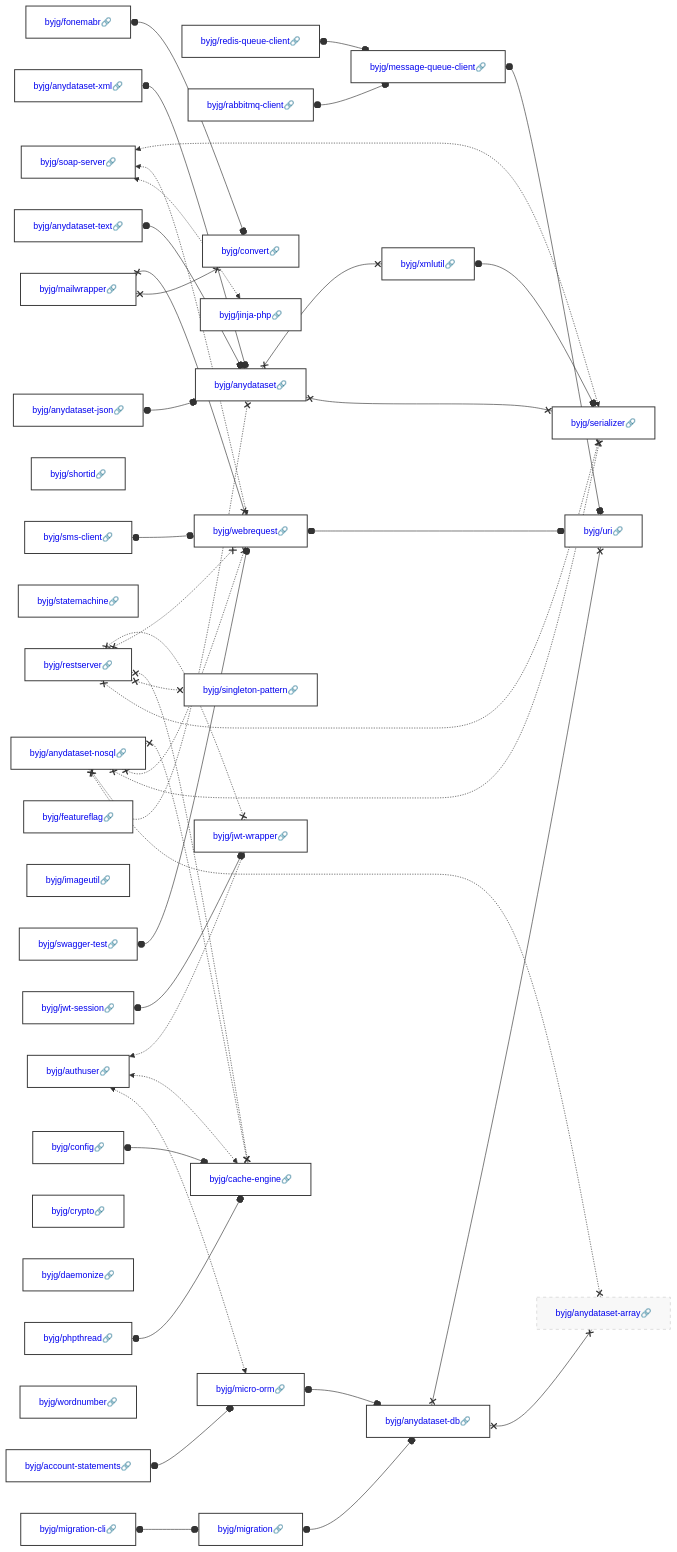
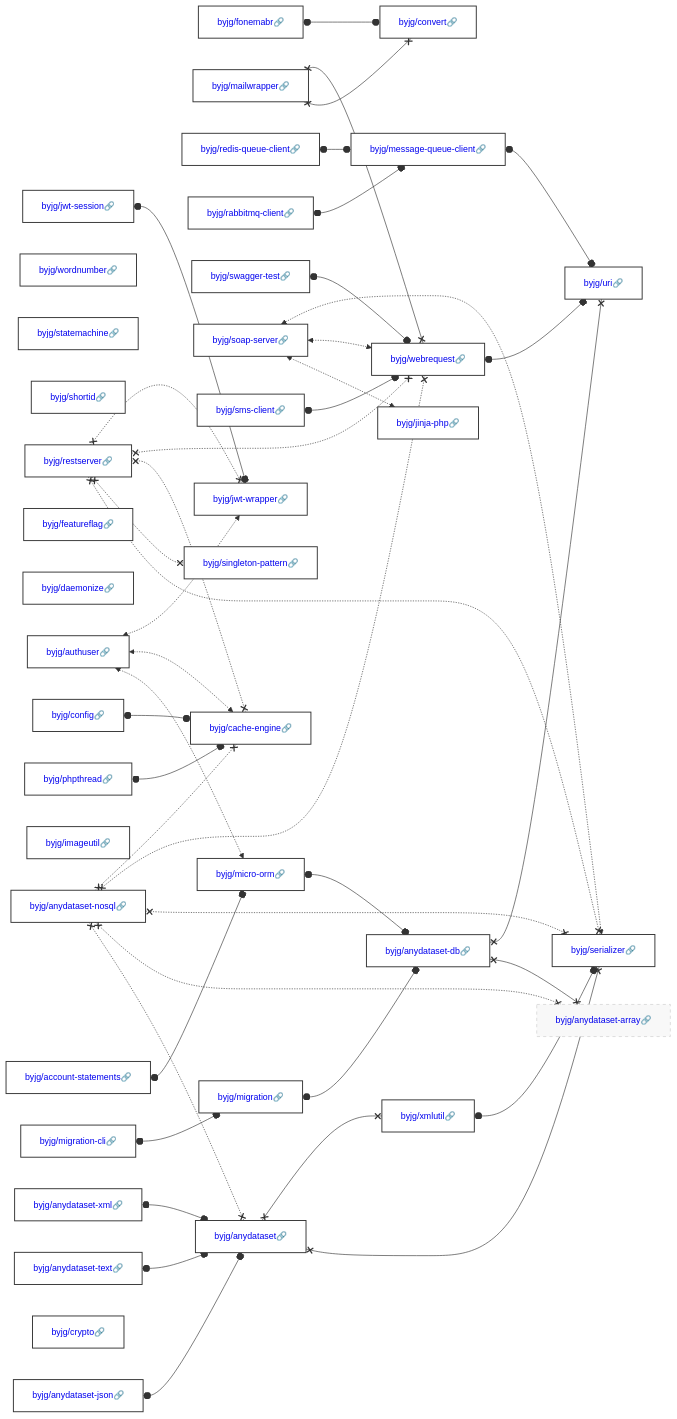
Before and after one commit to byjg/byjg.github.io: the diagram in docs/php/README.md, drawn with Mermaid. The commit also changed other lines of this file and 1 other file, not shown here.

Commit message:
Update documentation 'php' 'php-webrequest'

````diff
--- a/docs/php/README.md
+++ b/docs/php/README.md
@@ -3,45 +3,45 @@
 ```mermaid
 graph LR;
-  byjg/anydataset-json[<a href='https://opensource.byjg.com/docs/php/anydataset-json' style='text-decoration:none'>byjg/anydataset-json🔗</a>];
-  byjg/mailwrapper[<a href='https://opensource.byjg.com/docs/php/mailwrapper' style='text-decoration:none'>byjg/mailwrapper🔗</a>];
-  byjg/restserver[<a href='https://opensource.byjg.com/docs/php/restserver' style='text-decoration:none'>byjg/restserver🔗</a>];
+  byjg/phpthread[<a href='https://opensource.byjg.com/docs/php/phpthread' style='text-decoration:none'>byjg/phpthread🔗</a>];
+  byjg/wordnumber[<a href='https://opensource.byjg.com/docs/php/wordnumber' style='text-decoration:none'>byjg/wordnumber🔗</a>];
+  byjg/statemachine[<a href='https://opensource.byjg.com/docs/php/statemachine' style='text-decoration:none'>byjg/statemachine🔗</a>];
+  byjg/shortid[<a href='https://opensource.byjg.com/docs/php/shortid' style='text-decoration:none'>byjg/shortid🔗</a>];
   byjg/authuser[<a href='https://opensource.byjg.com/docs/php/authuser' style='text-decoration:none'>byjg/authuser🔗</a>];
   byjg/fonemabr[<a href='https://opensource.byjg.com/docs/php/fonemabr' style='text-decoration:none'>byjg/fonemabr🔗</a>];
+  byjg/featureflag[<a href='https://opensource.byjg.com/docs/php/featureflag' style='text-decoration:none'>byjg/featureflag🔗</a>];
+  byjg/mailwrapper[<a href='https://opensource.byjg.com/docs/php/mailwrapper' style='text-decoration:none'>byjg/mailwrapper🔗</a>];
+  byjg/redis-queue-client[<a href='https://opensource.byjg.com/docs/php/redis-queue-client' style='text-decoration:none'>byjg/redis-queue-client🔗</a>];
+  byjg/daemonize[<a href='https://opensource.byjg.com/docs/php/daemonize' style='text-decoration:none'>byjg/daemonize🔗</a>];
+  byjg/rabbitmq-client[<a href='https://opensource.byjg.com/docs/php/rabbitmq-client' style='text-decoration:none'>byjg/rabbitmq-client🔗</a>];
+  byjg/account-statements[<a href='https://opensource.byjg.com/docs/php/account-statements' style='text-decoration:none'>byjg/account-statements🔗</a>];
+  byjg/swagger-test[<a href='https://opensource.byjg.com/docs/php/swagger-test' style='text-decoration:none'>byjg/swagger-test🔗</a>];
+  byjg/anydataset-xml[<a href='https://opensource.byjg.com/docs/php/anydataset-xml' style='text-decoration:none'>byjg/anydataset-xml🔗</a>];
+  byjg/anydataset-text[<a href='https://opensource.byjg.com/docs/php/anydataset-text' style='text-decoration:none'>byjg/anydataset-text🔗</a>];
+  byjg/imageutil[<a href='https://opensource.byjg.com/docs/php/imageutil' style='text-decoration:none'>byjg/imageutil🔗</a>];
+  byjg/jwt-session[<a href='https://opensource.byjg.com/docs/php/jwt-session' style='text-decoration:none'>byjg/jwt-session🔗</a>];
+  byjg/soap-server[<a href='https://opensource.byjg.com/docs/php/soap-server' style='text-decoration:none'>byjg/soap-server🔗</a>];
+  byjg/migration-cli[<a href='https://opensource.byjg.com/docs/php/migration-cli' style='text-decoration:none'>byjg/migration-cli🔗</a>];
+  byjg/restserver[<a href='https://opensource.byjg.com/docs/php/restserver' style='text-decoration:none'>byjg/restserver🔗</a>];
+  byjg/config[<a href='https://opensource.byjg.com/docs/php/config' style='text-decoration:none'>byjg/config🔗</a>];
+  byjg/sms-client[<a href='https://opensource.byjg.com/docs/php/sms-client' style='text-decoration:none'>byjg/sms-client🔗</a>];
   byjg/anydataset-nosql[<a href='https://opensource.byjg.com/docs/php/anydataset-nosql' style='text-decoration:none'>byjg/anydataset-nosql🔗</a>];
-  byjg/shortid[<a href='https://opensource.byjg.com/docs/php/shortid' style='text-decoration:none'>byjg/shortid🔗</a>];
-  byjg/swagger-test[<a href='https://opensource.byjg.com/docs/php/swagger-test' style='text-decoration:none'>byjg/swagger-test🔗</a>];
-  byjg/statemachine[<a href='https://opensource.byjg.com/docs/php/statemachine' style='text-decoration:none'>byjg/statemachine🔗</a>];
-  byjg/sms-client[<a href='https://opensource.byjg.com/docs/php/sms-client' style='text-decoration:none'>byjg/sms-client🔗</a>];
-  byjg/anydataset-text[<a href='https://opensource.byjg.com/docs/php/anydataset-text' style='text-decoration:none'>byjg/anydataset-text🔗</a>];
-  byjg/featureflag[<a href='https://opensource.byjg.com/docs/php/featureflag' style='text-decoration:none'>byjg/featureflag🔗</a>];
-  byjg/redis-queue-client[<a href='https://opensource.byjg.com/docs/php/redis-queue-client' style='text-decoration:none'>byjg/redis-queue-client🔗</a>];
-  byjg/imageutil[<a href='https://opensource.byjg.com/docs/php/imageutil' style='text-decoration:none'>byjg/imageutil🔗</a>];
-  byjg/soap-server[<a href='https://opensource.byjg.com/docs/php/soap-server' style='text-decoration:none'>byjg/soap-server🔗</a>];
-  byjg/phpthread[<a href='https://opensource.byjg.com/docs/php/phpthread' style='text-decoration:none'>byjg/phpthread🔗</a>];
-  byjg/account-statements[<a href='https://opensource.byjg.com/docs/php/account-statements' style='text-decoration:none'>byjg/account-statements🔗</a>];
-  byjg/anydataset-xml[<a href='https://opensource.byjg.com/docs/php/anydataset-xml' style='text-decoration:none'>byjg/anydataset-xml🔗</a>];
   byjg/crypto[<a href='https://opensource.byjg.com/docs/php/crypto' style='text-decoration:none'>byjg/crypto🔗</a>];
-  byjg/daemonize[<a href='https://opensource.byjg.com/docs/php/daemonize' style='text-decoration:none'>byjg/daemonize🔗</a>];
-  byjg/jwt-session[<a href='https://opensource.byjg.com/docs/php/jwt-session' style='text-decoration:none'>byjg/jwt-session🔗</a>];
-  byjg/wordnumber[<a href='https://opensource.byjg.com/docs/php/wordnumber' style='text-decoration:none'>byjg/wordnumber🔗</a>];
-  byjg/rabbitmq-client[<a href='https://opensource.byjg.com/docs/php/rabbitmq-client' style='text-decoration:none'>byjg/rabbitmq-client🔗</a>];
-  byjg/migration-cli[<a href='https://opensource.byjg.com/docs/php/migration-cli' style='text-decoration:none'>byjg/migration-cli🔗</a>];
-  byjg/config[<a href='https://opensource.byjg.com/docs/php/config' style='text-decoration:none'>byjg/config🔗</a>];
+  byjg/anydataset-json[<a href='https://opensource.byjg.com/docs/php/anydataset-json' style='text-decoration:none'>byjg/anydataset-json🔗</a>];
+  byjg/convert[<a href='https://opensource.byjg.com/docs/php/convert' style='text-decoration:none'>byjg/convert🔗</a>];
+  byjg/message-queue-client[<a href='https://opensource.byjg.com/docs/php/message-queue-client' style='text-decoration:none'>byjg/message-queue-client🔗</a>];
+  byjg/micro-orm[<a href='https://opensource.byjg.com/docs/php/micro-orm' style='text-decoration:none'>byjg/micro-orm🔗</a>];
+  byjg/jinja-php[<a href='https://opensource.byjg.com/docs/php/jinja-php' style='text-decoration:none'>byjg/jinja-php🔗</a>];
+  byjg/migration[<a href='https://opensource.byjg.com/docs/php/migration' style='text-decoration:none'>byjg/migration🔗</a>];
   byjg/singleton-pattern[<a href='https://opensource.byjg.com/docs/php/singleton-pattern' style='text-decoration:none'>byjg/singleton-pattern🔗</a>];
-  byjg/convert[<a href='https://opensource.byjg.com/docs/php/convert' style='text-decoration:none'>byjg/convert🔗</a>];
-  byjg/jinja-php[<a href='https://opensource.byjg.com/docs/php/jinja-php' style='text-decoration:none'>byjg/jinja-php🔗</a>];
+  byjg/jwt-wrapper[<a href='https://opensource.byjg.com/docs/php/jwt-wrapper' style='text-decoration:none'>byjg/jwt-wrapper🔗</a>];
   byjg/webrequest[<a href='https://opensource.byjg.com/docs/php/webrequest' style='text-decoration:none'>byjg/webrequest🔗</a>];
-  byjg/micro-orm[<a href='https://opensource.byjg.com/docs/php/micro-orm' style='text-decoration:none'>byjg/micro-orm🔗</a>];
+  byjg/cache-engine[<a href='https://opensource.byjg.com/docs/php/cache-engine' style='text-decoration:none'>byjg/cache-engine🔗</a>];
   byjg/anydataset[<a href='https://opensource.byjg.com/docs/php/anydataset' style='text-decoration:none'>byjg/anydataset🔗</a>];
-  byjg/jwt-wrapper[<a href='https://opensource.byjg.com/docs/php/jwt-wrapper' style='text-decoration:none'>byjg/jwt-wrapper🔗</a>];
-  byjg/message-queue-client[<a href='https://opensource.byjg.com/docs/php/message-queue-client' style='text-decoration:none'>byjg/message-queue-client🔗</a>];
-  byjg/migration[<a href='https://opensource.byjg.com/docs/php/migration' style='text-decoration:none'>byjg/migration🔗</a>];
-  byjg/cache-engine[<a href='https://opensource.byjg.com/docs/php/cache-engine' style='text-decoration:none'>byjg/cache-engine🔗</a>];
+  byjg/anydataset-db[<a href='https://opensource.byjg.com/docs/php/anydataset-db' style='text-decoration:none'>byjg/anydataset-db🔗</a>];
   byjg/xmlutil[<a href='https://opensource.byjg.com/docs/php/xmlutil' style='text-decoration:none'>byjg/xmlutil🔗</a>];
-  byjg/anydataset-db[<a href='https://opensource.byjg.com/docs/php/anydataset-db' style='text-decoration:none'>byjg/anydataset-db🔗</a>];
-  byjg/serializer[<a href='https://opensource.byjg.com/docs/php/serializer' style='text-decoration:none'>byjg/serializer🔗</a>];
   byjg/anydataset-array[<a href='https://opensource.byjg.com/docs/php/anydataset-array' style='text-decoration:none'>byjg/anydataset-array🔗</a>];
   byjg/uri[<a href='https://opensource.byjg.com/docs/php/uri' style='text-decoration:none'>byjg/uri🔗</a>];
+  byjg/serializer[<a href='https://opensource.byjg.com/docs/php/serializer' style='text-decoration:none'>byjg/serializer🔗</a>];
   byjg/xmlutil o--o byjg/serializer;
   byjg/rabbitmq-client o--o byjg/message-queue-client;
   byjg/migration o--o byjg/anydataset-db;
````
